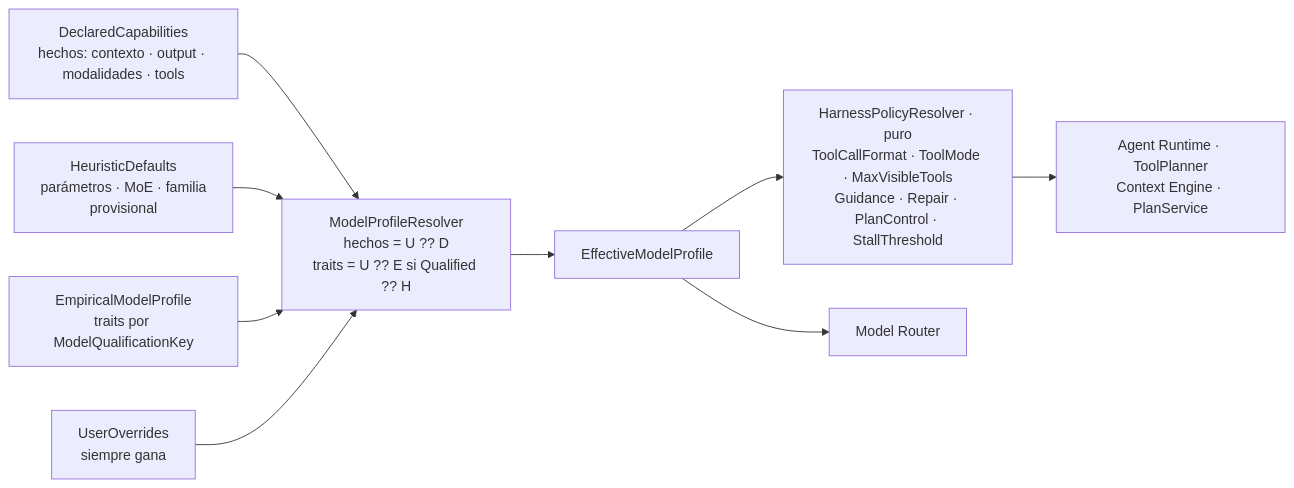
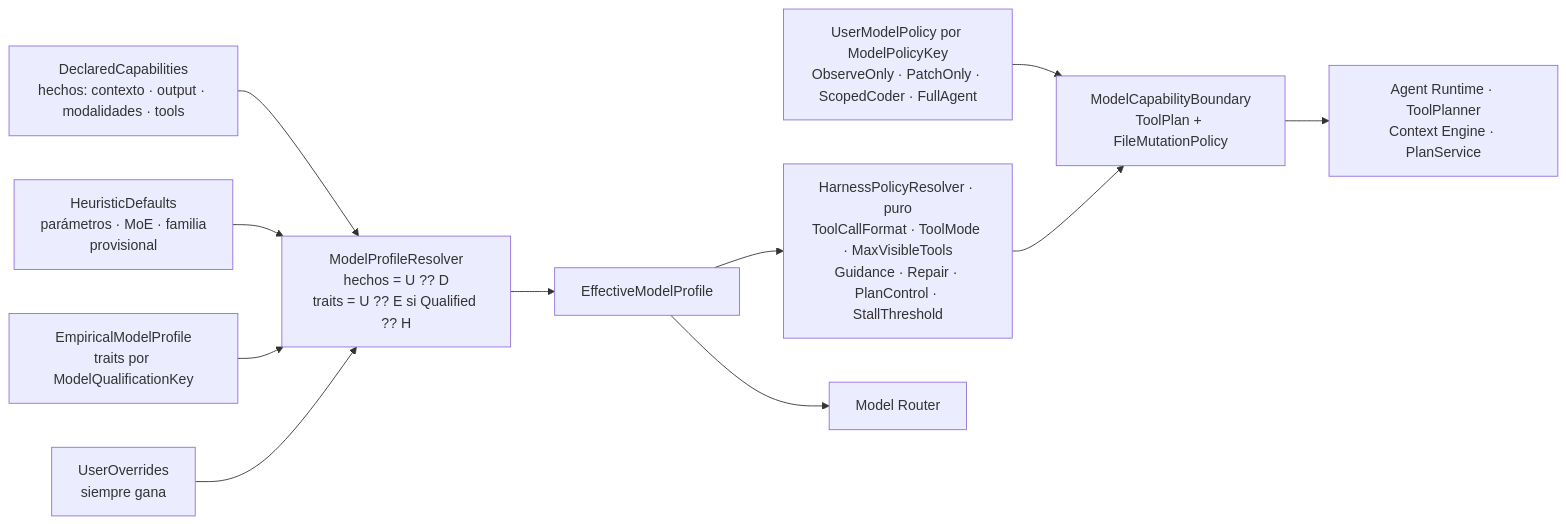
Before and after one commit to juancgomezm-s/OmniCore: the ninth of 34 diagrams in docs/architecture/arquitectura.md, drawn with Mermaid. The commit also changed other lines of this file and 24 other files, not shown here.

````diff
--- a/docs/architecture/arquitectura.md
+++ b/docs/architecture/arquitectura.md
@@ -271,11 +272,13 @@
 ```mermaid
 flowchart LR
   D["DeclaredCapabilities<br/>hechos: contexto · output · modalidades · tools"] --> RES
   H["HeuristicDefaults<br/>parámetros · MoE · familia<br/>provisional"] --> RES
   E["EmpiricalModelProfile<br/>traits por ModelQualificationKey"] --> RES
   U["UserOverrides<br/>siempre gana"] --> RES
   RES["ModelProfileResolver<br/>hechos = U ?? D<br/>traits = U ?? E si Qualified ?? H"] --> EMP["EffectiveModelProfile"]
   EMP --> HP["HarnessPolicyResolver · puro<br/>ToolCallFormat · ToolMode · MaxVisibleTools<br/>Guidance · Repair · PlanControl · StallThreshold"]
+  UMP["UserModelPolicy por ModelPolicyKey<br/>ObserveOnly · PatchOnly · ScopedCoder · FullAgent"] --> MCB
+  HP --> MCB["ModelCapabilityBoundary<br/>ToolPlan + FileMutationPolicy"]
   EMP --> RT["Model Router"]
-  HP --> CONS["Agent Runtime · ToolPlanner<br/>Context Engine · PlanService"]
+  MCB --> CONS["Agent Runtime · ToolPlanner<br/>Context Engine · PlanService"]
 ```
````
